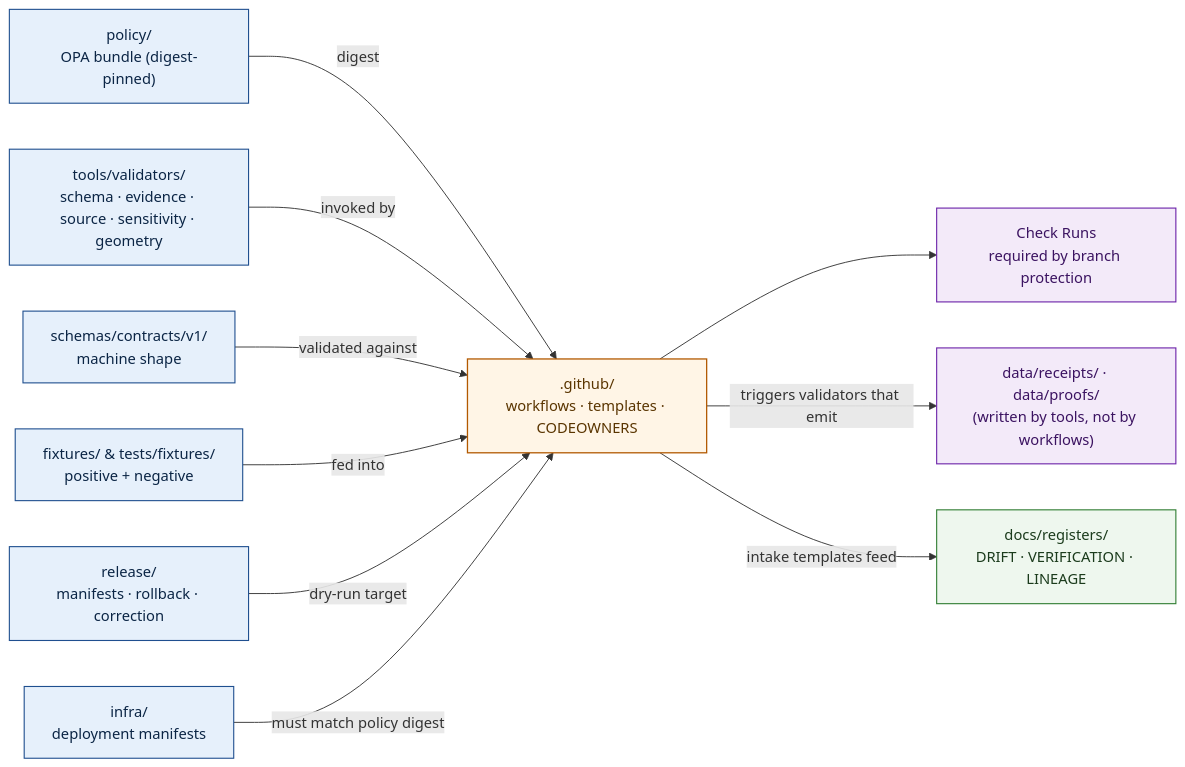
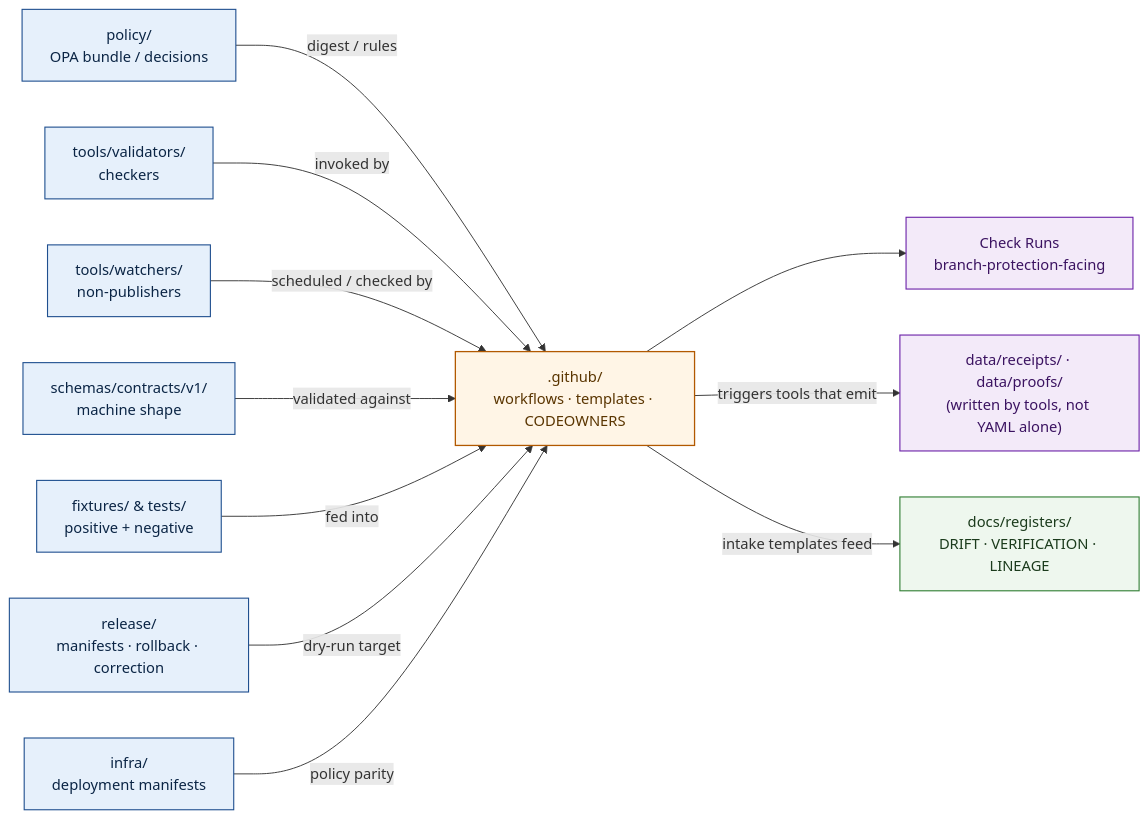
One commit to bartytime4life/Kansas-Frontier-Matrix changed the diagram in .github/README.md. Above: the diagram before and after it, drawn with Mermaid. The commit also changed other lines of this file, not shown here.

````diff
--- a/.github/README.md
+++ b/.github/README.md
@@ -306,31 +335,33 @@
 ```mermaid
 flowchart LR
     classDef canon fill:#e6f0fb,stroke:#1f4f8f,color:#0b2545,stroke-width:1.2px;
     classDef hook fill:#fff5e6,stroke:#b25900,color:#5a3500,stroke-width:1.4px;
     classDef result fill:#f3eaf9,stroke:#6b21a8,color:#3b1361,stroke-width:1.2px;
     classDef reg fill:#eef7ee,stroke:#2f7d32,color:#1b3b1c,stroke-width:1.2px;
 
     GH[".github/<br/>workflows · templates · CODEOWNERS"]:::hook
 
-    POL["policy/<br/>OPA bundle (digest-pinned)"]:::canon
-    TLS["tools/validators/<br/>schema · evidence · source · sensitivity · geometry"]:::canon
+    POL["policy/<br/>OPA bundle / decisions"]:::canon
+    TLS["tools/validators/<br/>checkers"]:::canon
+    WAT["tools/watchers/<br/>non-publishers"]:::canon
     SCH["schemas/contracts/v1/<br/>machine shape"]:::canon
-    FIX["fixtures/ &amp; tests/fixtures/<br/>positive + negative"]:::canon
+    FIX["fixtures/ & tests/<br/>positive + negative"]:::canon
     REL["release/<br/>manifests · rollback · correction"]:::canon
     INF["infra/<br/>deployment manifests"]:::canon
 
-    DAT["data/receipts/ · data/proofs/<br/>(written by tools, not by workflows)"]:::result
-    CHK["Check Runs<br/>required by branch protection"]:::result
+    DAT["data/receipts/ · data/proofs/<br/>(written by tools, not YAML alone)"]:::result
+    CHK["Check Runs<br/>branch-protection-facing"]:::result
     REG["docs/registers/<br/>DRIFT · VERIFICATION · LINEAGE"]:::reg
 
-    POL -- "digest" --> GH
+    POL -- "digest / rules" --> GH
     TLS -- "invoked by" --> GH
+    WAT -- "scheduled / checked by" --> GH
     SCH -- "validated against" --> GH
     FIX -- "fed into" --> GH
     REL -- "dry-run target" --> GH
-    INF -- "must match policy digest" --> GH
+    INF -- "policy parity" --> GH
 
     GH --> CHK
-    GH -- "triggers validators that emit" --> DAT
+    GH -- "triggers tools that emit" --> DAT
     GH -- "intake templates feed" --> REG
 ```
````
